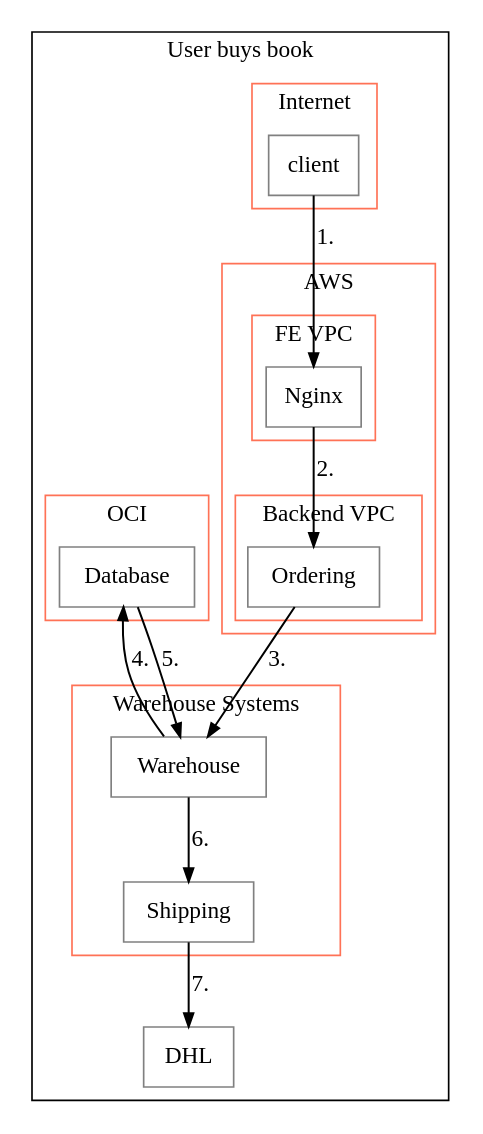
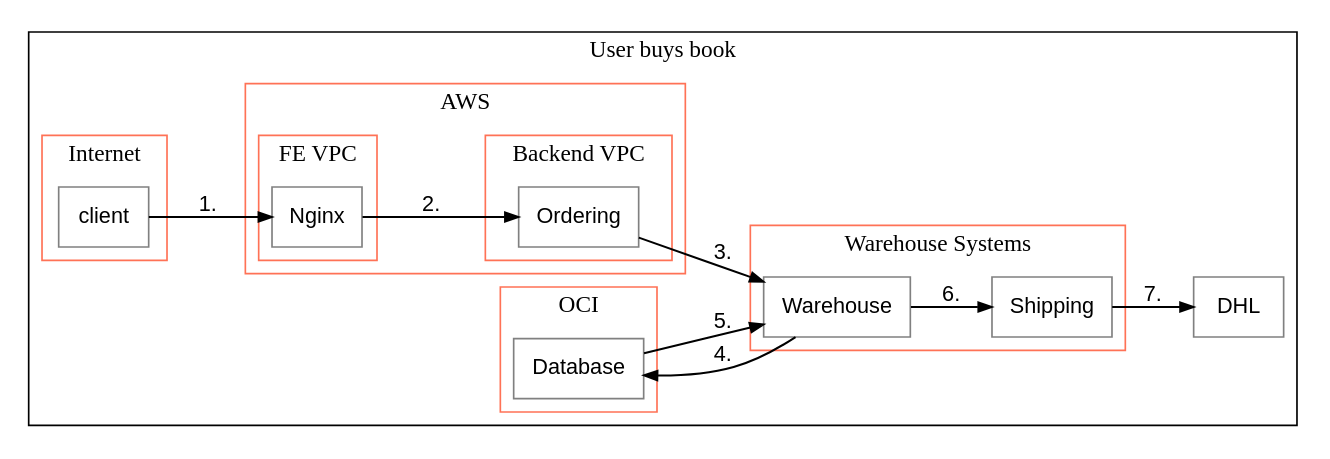
One commit to hyakuhei/ltm changed the diagram in examples/output/User buys book.dot. Above: the diagram before and after it, drawn with Graphviz. The commit also changed 9 other files, not shown here.

```diff
--- a/examples/output/User buys book.dot
+++ b/examples/output/User buys book.dot
@@ -1,45 +1,46 @@
 digraph G {
 compound=true;
+rankdir="LR"
     subgraph cluster1 {
     label="User buys book";
     color="Black";
-        node14 [label="DHL" shape="box", margin="0.1", color="Grey"];
+        node14 [label="DHL" shape="box", margin="0.1", color="Grey", fontsize="13", fontname="Helvetica"];
         subgraph cluster2 {
         label="AWS";
         color="Coral1";
             subgraph cluster3 {
             label="FE VPC";
             color="Coral1";
-                node4 [label="Nginx" shape="box", margin="0.1", color="Grey"];
+                node4 [label="Nginx" shape="box", margin="0.1", color="Grey", fontsize="13", fontname="Helvetica"];
             }
             subgraph cluster7 {
             label="Backend VPC";
             color="Coral1";
-                node8 [label="Ordering" shape="box", margin="0.1", color="Grey"];
+                node8 [label="Ordering" shape="box", margin="0.1", color="Grey", fontsize="13", fontname="Helvetica"];
             }
         }
         subgraph cluster5 {
         label="Internet";
         color="Coral1";
-            node6 [label="client" shape="box", margin="0.1", color="Grey"];
+            node6 [label="client" shape="box", margin="0.1", color="Grey", fontsize="13", fontname="Helvetica"];
         }
         subgraph cluster9 {
         label="Warehouse Systems";
         color="Coral1";
-            node10 [label="Warehouse" shape="box", margin="0.1", color="Grey"];
-            node13 [label="Shipping" shape="box", margin="0.1", color="Grey"];
+            node10 [label="Warehouse" shape="box", margin="0.1", color="Grey", fontsize="13", fontname="Helvetica"];
+            node13 [label="Shipping" shape="box", margin="0.1", color="Grey", fontsize="13", fontname="Helvetica"];
         }
         subgraph cluster11 {
         label="OCI";
         color="Coral1";
-            node12 [label="Database" shape="box", margin="0.1", color="Grey"];
+            node12 [label="Database" shape="box", margin="0.1", color="Grey", fontsize="13", fontname="Helvetica"];
         }
     }
-node6->node4 [label="1." fontsize="14",penwidth="1.2",arrowsize="0.8"];
-node4->node8 [label="2." fontsize="14",penwidth="1.2",arrowsize="0.8"];
-node8->node10 [label="3." fontsize="14",penwidth="1.2",arrowsize="0.8"];
-node10->node12 [label="4." fontsize="14",penwidth="1.2",arrowsize="0.8"];
-node12->node10 [label="5." fontsize="14",penwidth="1.2",arrowsize="0.8"];
-node10->node13 [label="6." fontsize="14",penwidth="1.2",arrowsize="0.8"];
-node13->node14 [label="7." fontsize="14",penwidth="1.2",arrowsize="0.8"];
+node6->node4 [label="1." fontsize="13", penwidth="1.2", arrowsize="0.8", fontname="Helvetica"];
+node4->node8 [label="2." fontsize="13", penwidth="1.2", arrowsize="0.8", fontname="Helvetica"];
+node8->node10 [label="3." fontsize="13", penwidth="1.2", arrowsize="0.8", fontname="Helvetica"];
+node10->node12 [label="4." fontsize="13", penwidth="1.2", arrowsize="0.8", fontname="Helvetica"];
+node12->node10 [label="5." fontsize="13", penwidth="1.2", arrowsize="0.8", fontname="Helvetica"];
+node10->node13 [label="6." fontsize="13", penwidth="1.2", arrowsize="0.8", fontname="Helvetica"];
+node13->node14 [label="7." fontsize="13", penwidth="1.2", arrowsize="0.8", fontname="Helvetica"];
 }
```
